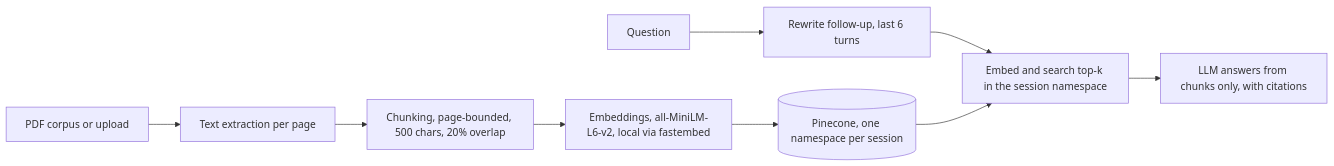
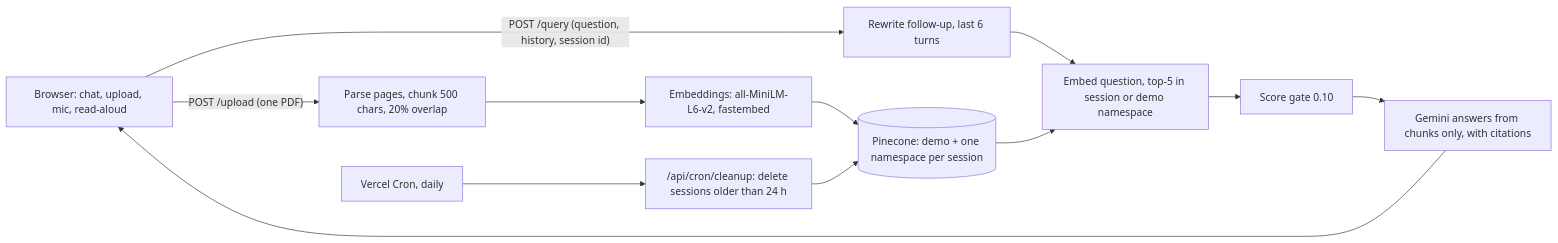
Before and after one commit to moshood-abdulganiyu/docuchat-evidence: the diagram in README.md, drawn with Mermaid. The commit also changed other lines of this file and 1 other file, not shown here.

````diff
--- a/README.md
+++ b/README.md
@@ -48,11 +50,14 @@
 ```mermaid
 flowchart LR
-    A[PDF corpus or upload] --> B[Text extraction per page]
-    B --> C[Chunking, page-bounded, 500 chars, 20% overlap]
-    C --> D[Embeddings, all-MiniLM-L6-v2, local via fastembed]
-    D --> E[(Pinecone, one namespace per session)]
-    Q[Question] --> R[Rewrite follow-up, last 6 turns]
-    R --> S[Embed and search top-k in the session namespace]
-    E --> S
-    S --> T[LLM answers from chunks only, with citations]
+    B["Browser: chat, upload, mic, read-aloud"] -->|"POST /upload (one PDF)"| U["Parse pages, chunk 500 chars, 20% overlap"]
+    U --> E["Embeddings: all-MiniLM-L6-v2, fastembed"]
+    E --> P[("Pinecone: demo + one namespace per session")]
+    B -->|"POST /query (question, history, session id)"| R["Rewrite follow-up, last 6 turns"]
+    R --> S["Embed question, top-5 in session or demo namespace"]
+    P --> S
+    S --> G["Score gate 0.10"]
+    G --> L["Gemini answers from chunks only, with citations"]
+    L --> B
+    C["Vercel Cron, daily"] --> D["/api/cron/cleanup: delete sessions older than 24 h"]
+    D --> P
 ```
````
